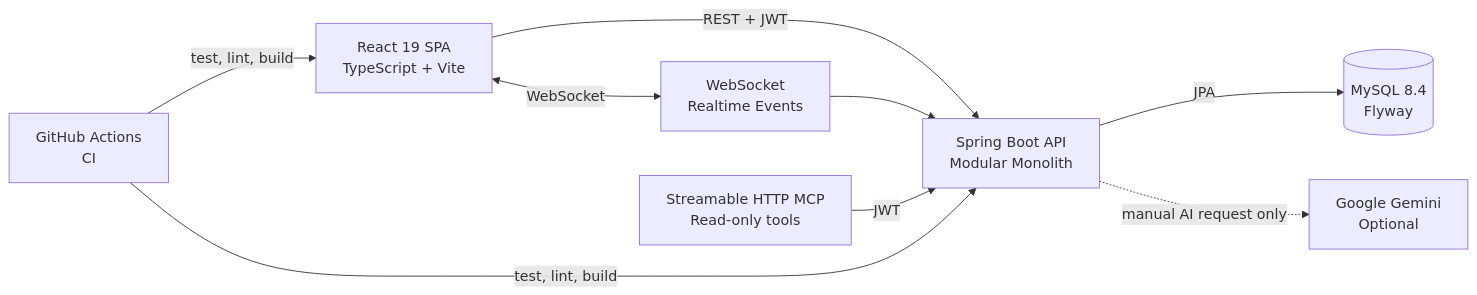
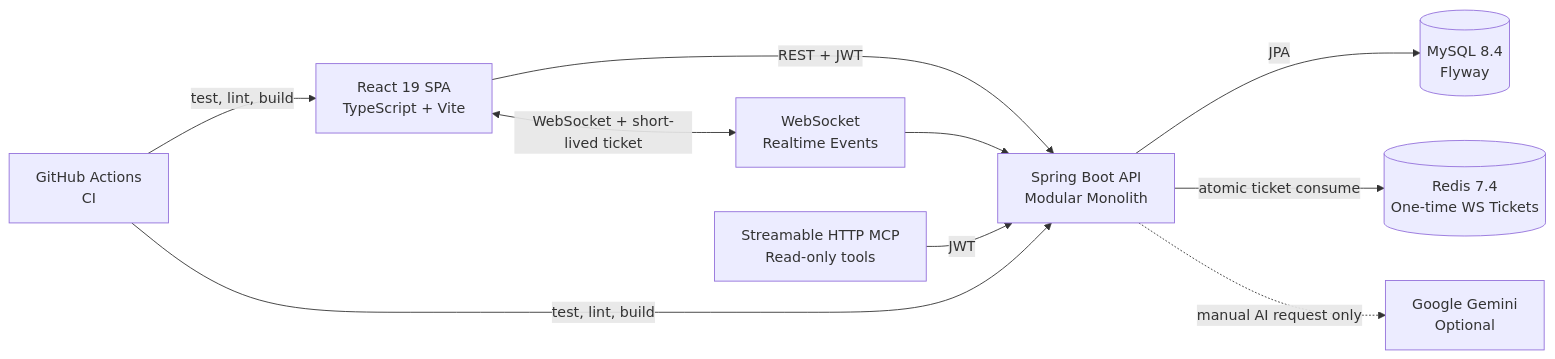
Before and after one commit to kimsesdook/Billiards-Analysis: the first of 2 diagrams in README.md, drawn with Mermaid. The commit also changed other lines of this file and 33 other files, not shown here.

Commit message:
feat: WebSocket 일회용 티켓 인증 적용

````diff
--- a/README.md
+++ b/README.md
@@ -31,19 +31,21 @@
 ```mermaid
 flowchart LR
     Browser["React 19 SPA\nTypeScript + Vite"]
     API["Spring Boot API\nModular Monolith"]
     DB[("MySQL 8.4\nFlyway")]
+    Redis[("Redis 7.4\nOne-time WS Tickets")]
     Socket["WebSocket\nRealtime Events"]
     MCP["Streamable HTTP MCP\nRead-only tools"]
     Gemini["Google Gemini\nOptional"]
     CI["GitHub Actions\nCI"]
 
     Browser -->|"REST + JWT"| API
-    Browser <-->|"WebSocket"| Socket
+    Browser <-->|"WebSocket + short-lived ticket"| Socket
     Socket --> API
     API -->|"JPA"| DB
+    API -->|"atomic ticket consume"| Redis
     MCP -->|"JWT"| API
     API -. "manual AI request only" .-> Gemini
     CI -->|"test, lint, build"| API
     CI -->|"test, lint, build"| Browser
 ```
````
